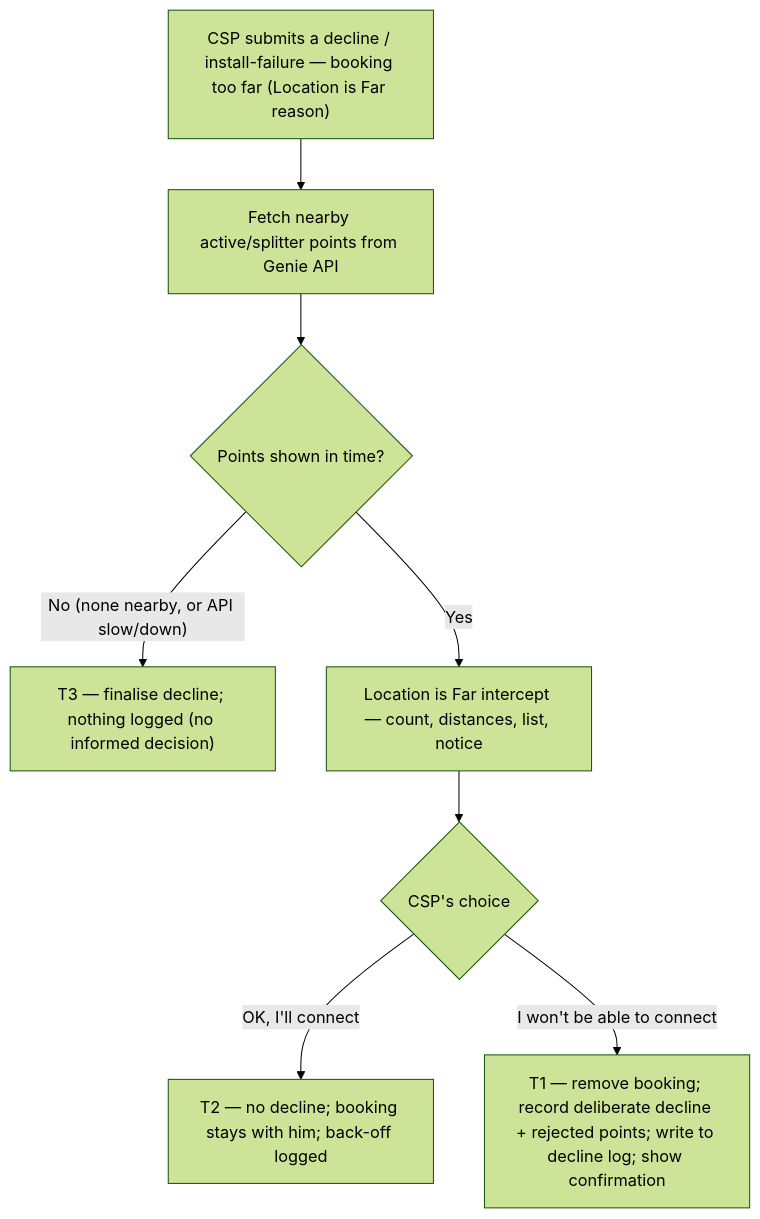
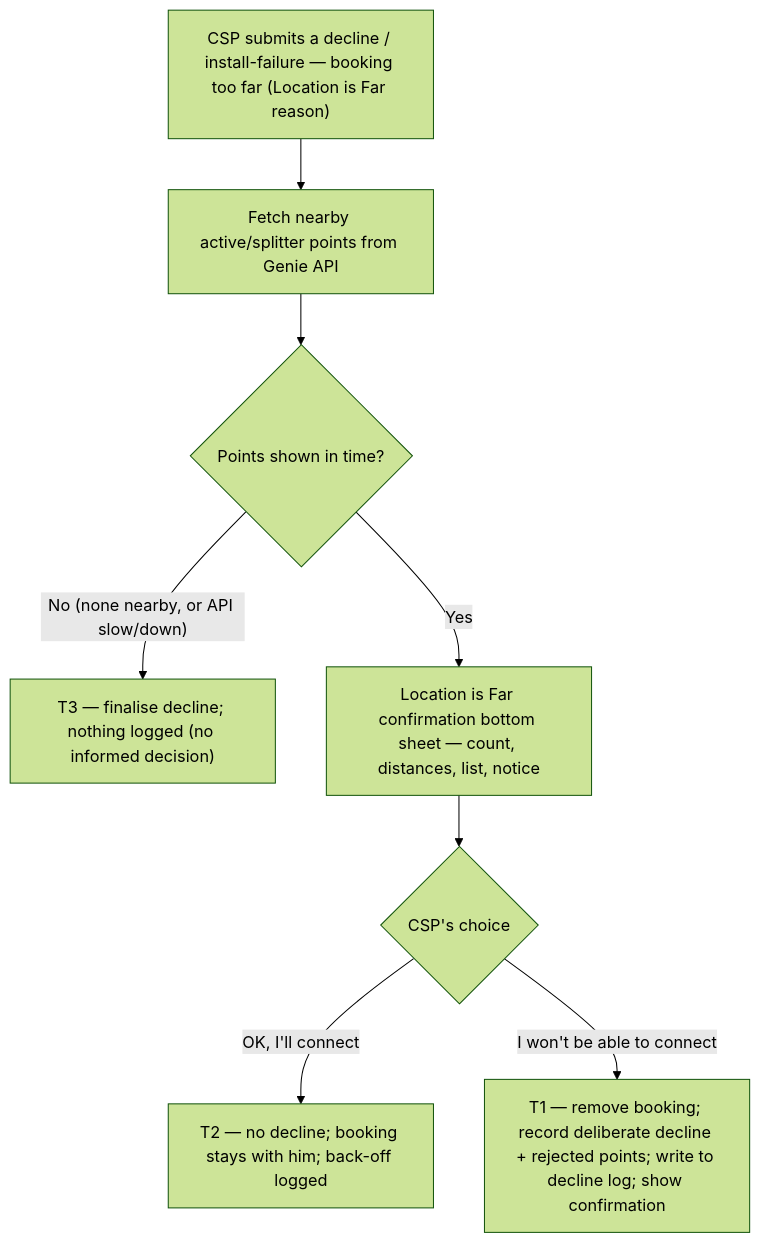
Before and after one commit to ashish-raj-wiom/coverage-decline-assist-prd: the diagram in Coverage_Decline_Assist_PRD.md, drawn with Mermaid (forest theme). The commit also changed other lines of this file and 1 other file, not shown here.

Commit message:
Terminology: 'intercept' -> 'confirmation bottom sheet' throughout (the S1 screen)

````diff
--- a/Coverage_Decline_Assist_PRD.md
+++ b/Coverage_Decline_Assist_PRD.md
@@ -65,10 +65,10 @@
 ```mermaid
 flowchart TD
     A["CSP submits a decline / install-failure — booking too far (Location is Far reason)"] --> B["Fetch nearby active/splitter points from Genie API"]
     B --> C{"Points shown in time?"}
     C -- "No (none nearby, or API slow/down)" --> T3["T3 — finalise decline; nothing logged (no informed decision)"]
-    C -- "Yes" --> D["Location is Far intercept — count, distances, list, notice"]
+    C -- "Yes" --> D["Location is Far confirmation bottom sheet — count, distances, list, notice"]
     D --> E{"CSP's choice"}
     E -- "OK, I'll connect" --> T2["T2 — no decline; booking stays with him; back-off logged"]
     E -- "I won't be able to connect" --> T1["T1 — remove booking; record deliberate decline + rejected points; write to decline log; show confirmation"]
 ```
````
